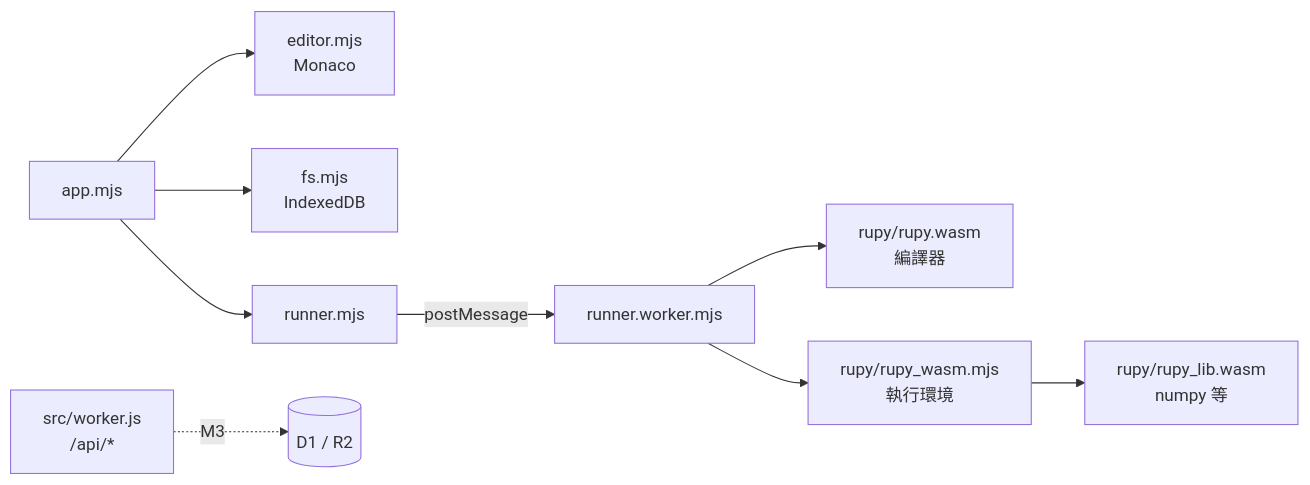
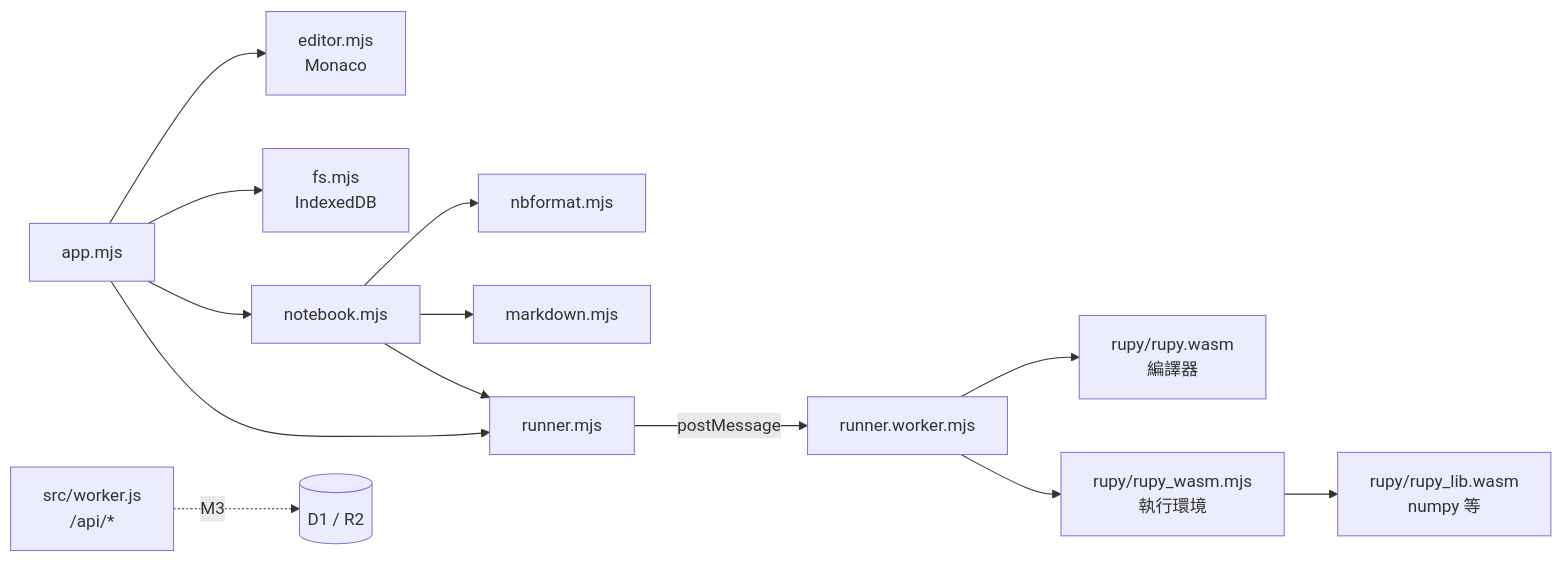
The diagram in ide/README.md (ccc-claude-opus/rupy), drawn with Mermaid before and after one commit. The commit also changed other lines of this file and 10 other files, not shown here.

````diff
--- a/ide/README.md
+++ b/ide/README.md
@@ -26,11 +32,14 @@
 ```mermaid
 flowchart LR
   A[app.mjs] --> E[editor.mjs<br/>Monaco]
   A --> F[fs.mjs<br/>IndexedDB]
+  A --> N[notebook.mjs] --> NB[nbformat.mjs]
+  N --> MD[markdown.mjs]
+  N --> R
   A --> R[runner.mjs]
   R -- postMessage --> W[runner.worker.mjs]
   W --> C[rupy/rupy.wasm<br/>編譯器]
   W --> H[rupy/rupy_wasm.mjs<br/>執行環境]
   H --> L[rupy/rupy_lib.wasm<br/>numpy 等]
   S[src/worker.js<br/>/api/*] -.M3.-> D[(D1 / R2)]
 ```
````
